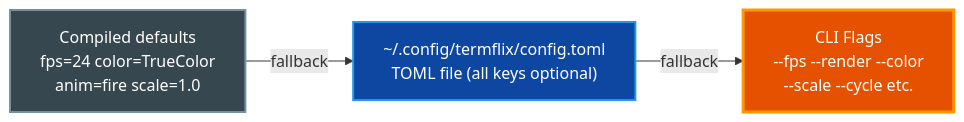
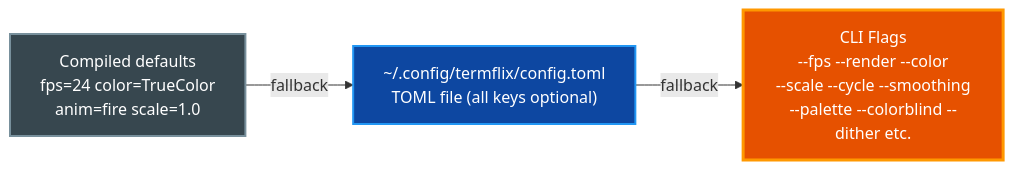
One commit to paulrobello/termflix changed the sixth of 14 diagrams in docs/ARCHITECTURE.md. Above: the diagram before and after it, drawn with Mermaid. The commit also changed other lines of this file and 2 other files, not shown here.

First line of the commit message:
docs: sync ARCHITECTURE.md, EXTERNAL_ANIMATION.md, README.md to v0.7.0

````diff
--- a/docs/ARCHITECTURE.md
+++ b/docs/ARCHITECTURE.md
@@ -429,13 +498,13 @@
 ```mermaid
 flowchart LR
-    CLI["CLI Flags\n--fps --render --color\n--scale --cycle etc."]
+    CLI["CLI Flags\n--fps --render --color\n--scale --cycle --smoothing\n--palette --colorblind --dither etc."]
     CFG["~/.config/termflix/config.toml\nTOML file (all keys optional)"]
     DEF["Compiled defaults\nfps=24 color=TrueColor\nanim=fire scale=1.0"]
 
     DEF -->|fallback| CFG
     CFG -->|fallback| CLI
 
     style CLI fill:#e65100,stroke:#ff9800,stroke-width:3px,color:#ffffff
     style CFG fill:#0d47a1,stroke:#2196f3,stroke-width:2px,color:#ffffff
     style DEF fill:#37474f,stroke:#78909c,stroke-width:2px,color:#ffffff
 ```
````
